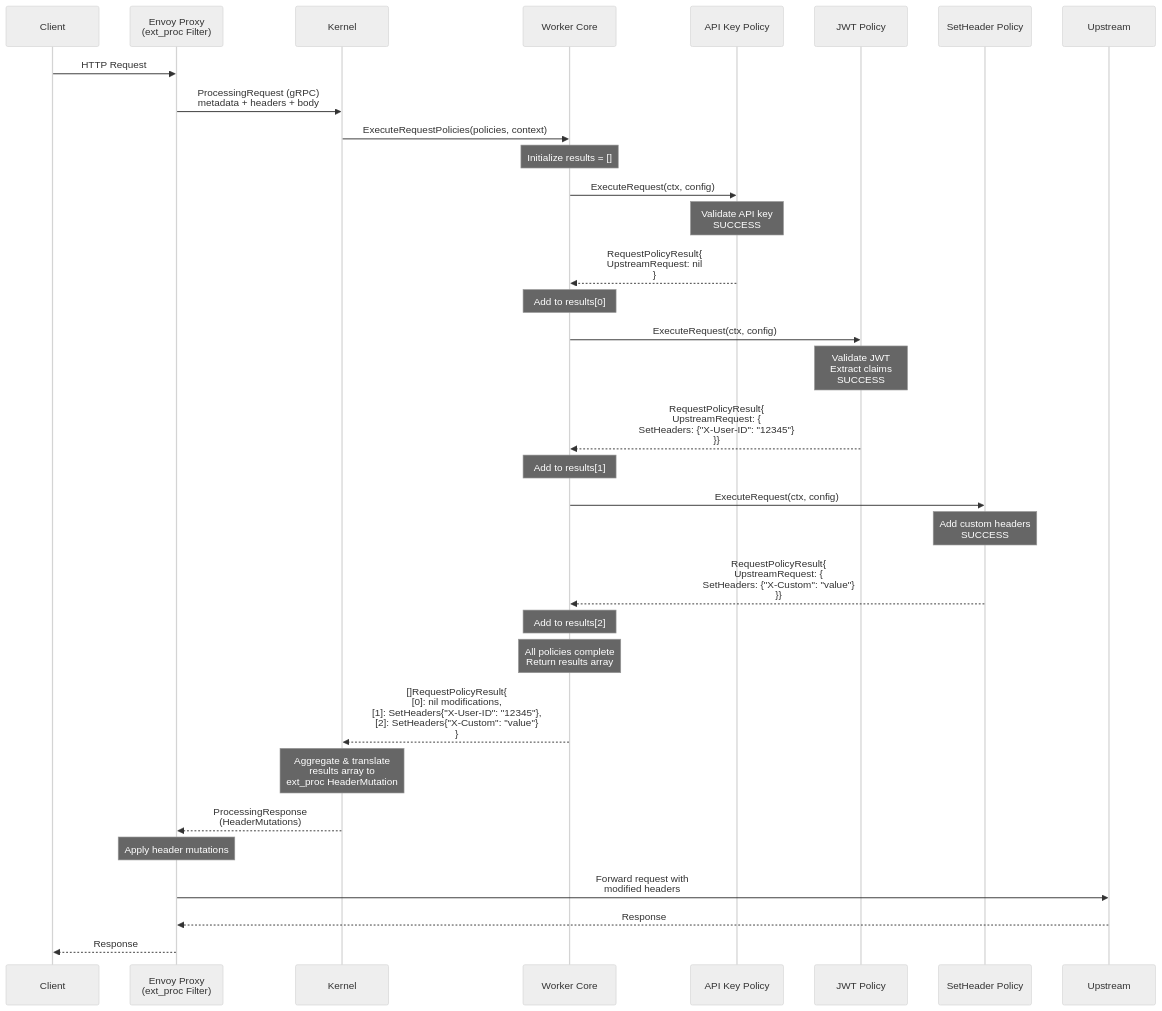
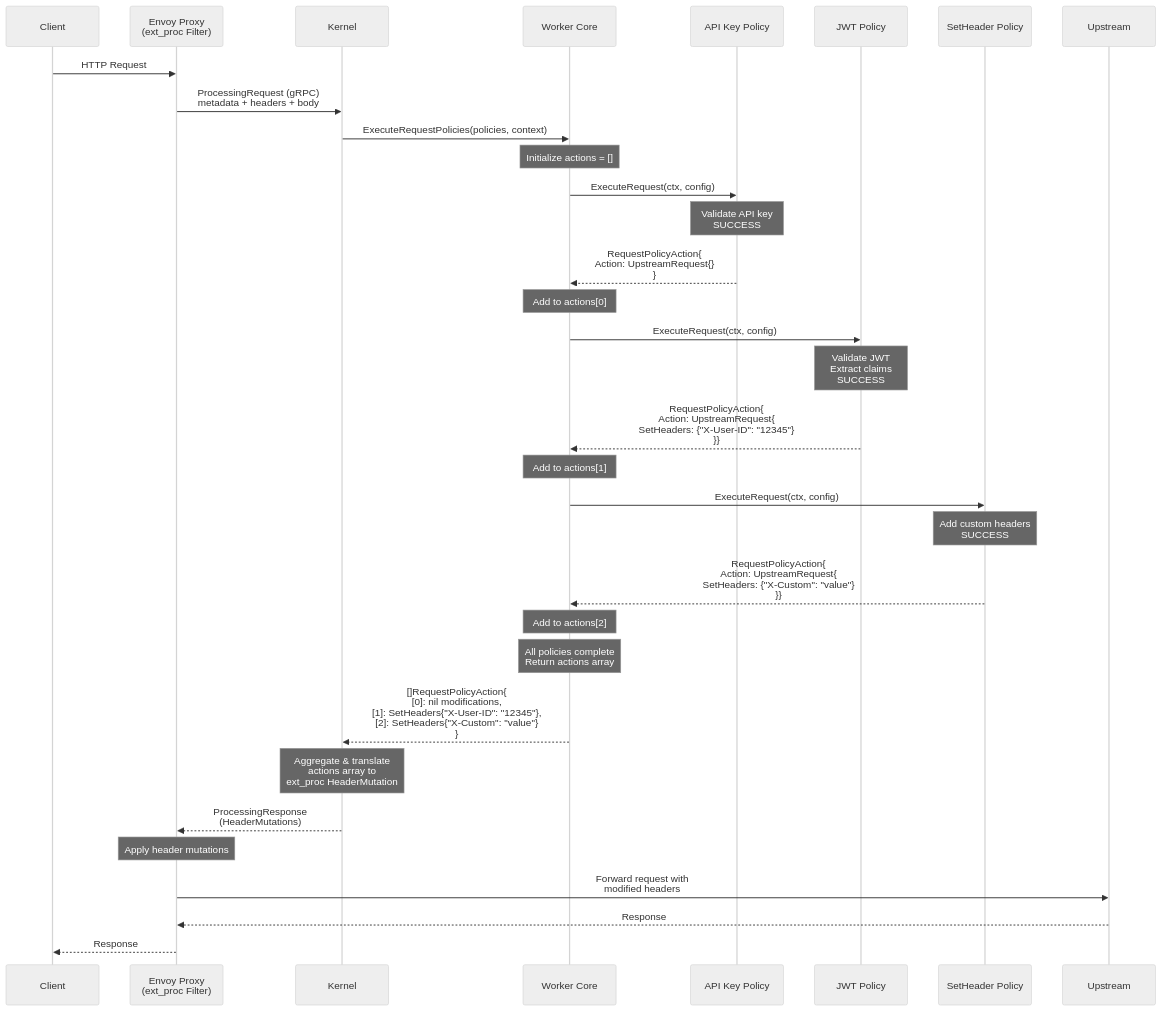
The fifth of 7 diagrams in Spec.md (wso2/api-platform), drawn with Mermaid (neutral theme) before and after one commit. The commit also changed other lines of this file, not shown here.

Commit message:
Refactor policy result handling to use action types for request and response phases

````diff
--- a/Spec.md
+++ b/Spec.md
@@ -655,40 +743,40 @@
 ```mermaid
 sequenceDiagram
     participant Client
     participant Envoy as Envoy Proxy<br/>(ext_proc Filter)
     participant Kernel
     participant Core as Worker Core
     participant P1 as API Key Policy
     participant P2 as JWT Policy
     participant P3 as SetHeader Policy
     participant Upstream
 
     Client->>Envoy: HTTP Request
     Envoy->>Kernel: ProcessingRequest (gRPC)<br/>metadata + headers + body
     Kernel->>Core: ExecuteRequestPolicies(policies, context)
-    Note over Core: Initialize results = []
+    Note over Core: Initialize actions = []
 
     Core->>P1: ExecuteRequest(ctx, config)
     Note over P1: Validate API key<br/>SUCCESS
-    P1-->>Core: RequestPolicyResult{<br/>UpstreamRequest: nil<br/>}
-    Note over Core: Add to results[0]
+    P1-->>Core: RequestPolicyAction{<br/>Action: UpstreamRequest{}<br/>}
+    Note over Core: Add to actions[0]
 
     Core->>P2: ExecuteRequest(ctx, config)
     Note over P2: Validate JWT<br/>Extract claims<br/>SUCCESS
-    P2-->>Core: RequestPolicyResult{<br/>UpstreamRequest: {<br/>SetHeaders: {"X-User-ID": "12345"}<br/>}}
-    Note over Core: Add to results[1]
+    P2-->>Core: RequestPolicyAction{<br/>Action: UpstreamRequest{<br/>SetHeaders: {"X-User-ID": "12345"}<br/>}}
+    Note over Core: Add to actions[1]
 
     Core->>P3: ExecuteRequest(ctx, config)
     Note over P3: Add custom headers<br/>SUCCESS
-    P3-->>Core: RequestPolicyResult{<br/>UpstreamRequest: {<br/>SetHeaders: {"X-Custom": "value"}<br/>}}
-    Note over Core: Add to results[2]
+    P3-->>Core: RequestPolicyAction{<br/>Action: UpstreamRequest{<br/>SetHeaders: {"X-Custom": "value"}<br/>}}
+    Note over Core: Add to actions[2]
 
-    Note over Core: All policies complete<br/>Return results array
-    Core-->>Kernel: []RequestPolicyResult{<br/>[0]: nil modifications,<br/>[1]: SetHeaders{"X-User-ID": "12345"},<br/>[2]: SetHeaders{"X-Custom": "value"}<br/>}
-    Note over Kernel: Aggregate & translate<br/>results array to<br/>ext_proc HeaderMutation
+    Note over Core: All policies complete<br/>Return actions array
+    Core-->>Kernel: []RequestPolicyAction{<br/>[0]: nil modifications,<br/>[1]: SetHeaders{"X-User-ID": "12345"},<br/>[2]: SetHeaders{"X-Custom": "value"}<br/>}
+    Note over Kernel: Aggregate & translate<br/>actions array to<br/>ext_proc HeaderMutation
     Kernel-->>Envoy: ProcessingResponse<br/>(HeaderMutations)
     Note over Envoy: Apply header mutations
     Envoy->>Upstream: Forward request with<br/>modified headers
     Upstream-->>Envoy: Response
     Envoy-->>Client: Response
 ```
````
